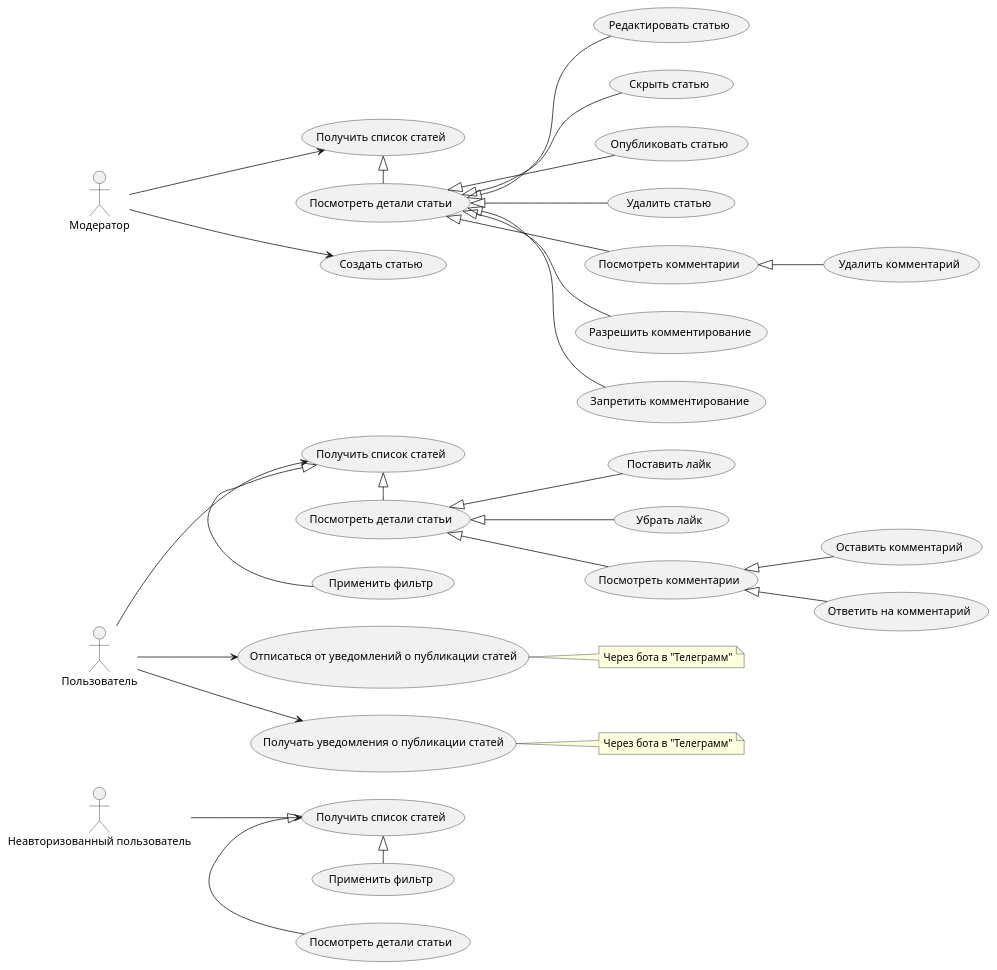
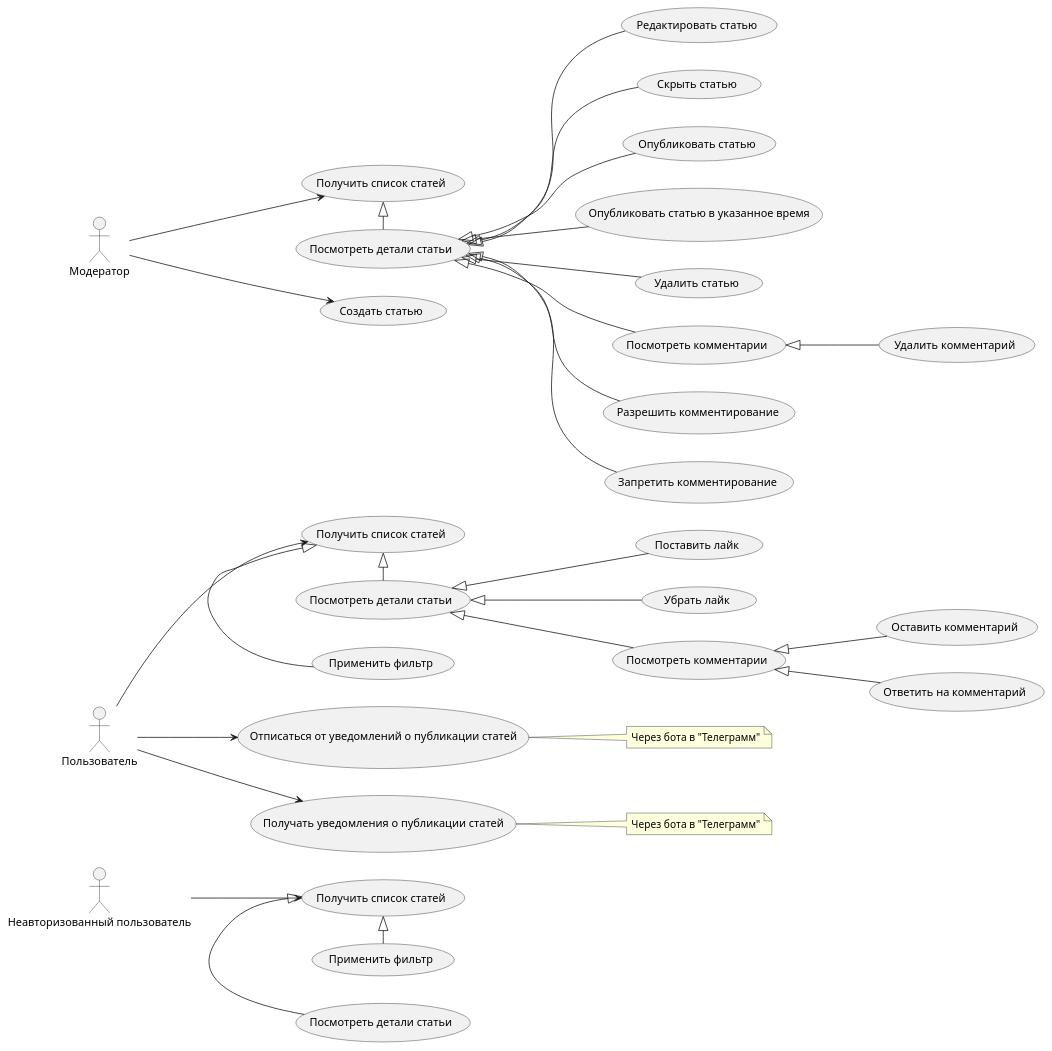
The diagram in docs/design/usecases/articles.puml (Nike073i/road-safety), drawn with PlantUML before and after one commit.

Commit message:
Новый uc - отложенная публикация

```diff
--- a/docs/design/usecases/articles.puml
+++ b/docs/design/usecases/articles.puml
@@ -1,79 +1,81 @@
 @startuml articles
 
 left to right direction
 
 ' Неавторизованный пользователь
     actor "Неавторизованный пользователь" as UnknownUser
 
     usecase "Получить список статей" as uc_guest_get_articles
     usecase "Посмотреть детали статьи" as uc_guest_get_article_details
     usecase "Применить фильтр" as uc_guest_get_articles_by_filter
 
     uc_guest_get_articles <|- uc_guest_get_article_details
     uc_guest_get_articles <|- uc_guest_get_articles_by_filter
     
     UnknownUser --> uc_guest_get_articles
 
 ' Пользователь
     actor "Пользователь" as User
 
     usecase "Получить список статей" as uc_user_get_articles
     usecase "Применить фильтр" as uc_user_get_articles_by_filter
     usecase "Посмотреть детали статьи" as uc_user_get_article_details
     usecase "Посмотреть комментарии" as uc_user_get_article_comments
     usecase "Поставить лайк" as uc_like_article
     usecase "Убрать лайк" as uc_unlike_article
     usecase "Оставить комментарий" as uc_publish_comment
     usecase "Ответить на комментарий" as uc_reply_comment
     usecase "Получать уведомления о публикации статей" as uc_subscribe_new_articles
     usecase "Отписаться от уведомлений о публикации статей" as uc_unsubscribe_new_articles
 
     note right of uc_subscribe_new_articles
         Через бота в "Телеграмм"
     end note
 
     note right of uc_unsubscribe_new_articles
         Через бота в "Телеграмм"
     end note
 
     uc_user_get_articles <|- uc_user_get_articles_by_filter
     uc_user_get_articles <|- uc_user_get_article_details
     uc_user_get_article_details <|-- uc_like_article
     uc_user_get_article_details <|-- uc_unlike_article
     uc_user_get_article_details <|-- uc_user_get_article_comments
     uc_user_get_article_comments <|-- uc_publish_comment
     uc_user_get_article_comments <|-- uc_reply_comment
 
     User --> uc_user_get_articles
     User --> uc_subscribe_new_articles
     User --> uc_unsubscribe_new_articles
 
 ' Модератор пользователь
     actor "Модератор" as Moderator
     
     usecase "Получить список статей" as uc_moderator_get_articles
     usecase "Посмотреть детали статьи" as uc_moderator_get_article_details
     usecase "Создать статью" as uc_create_article
     usecase "Редактировать статью" as uc_edit_arrticle
     usecase "Скрыть статью" as uc_hide_article
     usecase "Опубликовать статью" as uc_publish_article
+    usecase "Опубликовать статью в указанное время" as uc_publish_article_at_time
     usecase "Удалить статью" as uc_remove_article
     usecase "Посмотреть комментарии" as uc_moderator_get_article_comments
     usecase "Разрешить комментирование" as uc_enable_comments
     usecase "Запретить комментирование" as uc_disable_comments
     usecase "Удалить комментарий" as uc_remove_comment
 
     uc_moderator_get_articles <|- uc_moderator_get_article_details
     uc_moderator_get_article_details <|--uc_edit_arrticle
     uc_moderator_get_article_details <|--uc_hide_article
     uc_moderator_get_article_details <|--uc_publish_article
+    uc_moderator_get_article_details <|--uc_publish_article_at_time
     uc_moderator_get_article_details <|--uc_remove_article
     uc_moderator_get_article_details <|--uc_enable_comments
     uc_moderator_get_article_details <|--uc_disable_comments
     uc_moderator_get_article_details <|--uc_moderator_get_article_comments
     uc_moderator_get_article_comments <|--uc_remove_comment
 
     Moderator --> uc_moderator_get_articles
     Moderator --> uc_create_article
 
 @enduml
```
